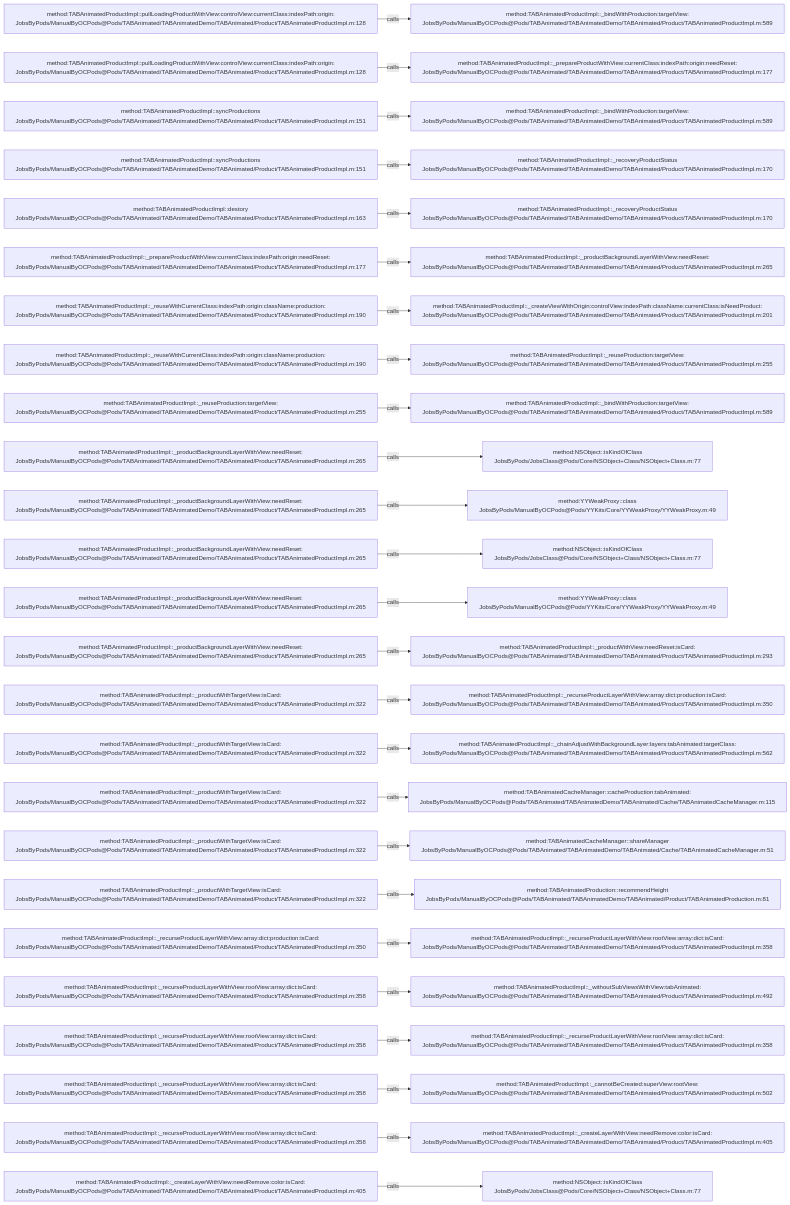
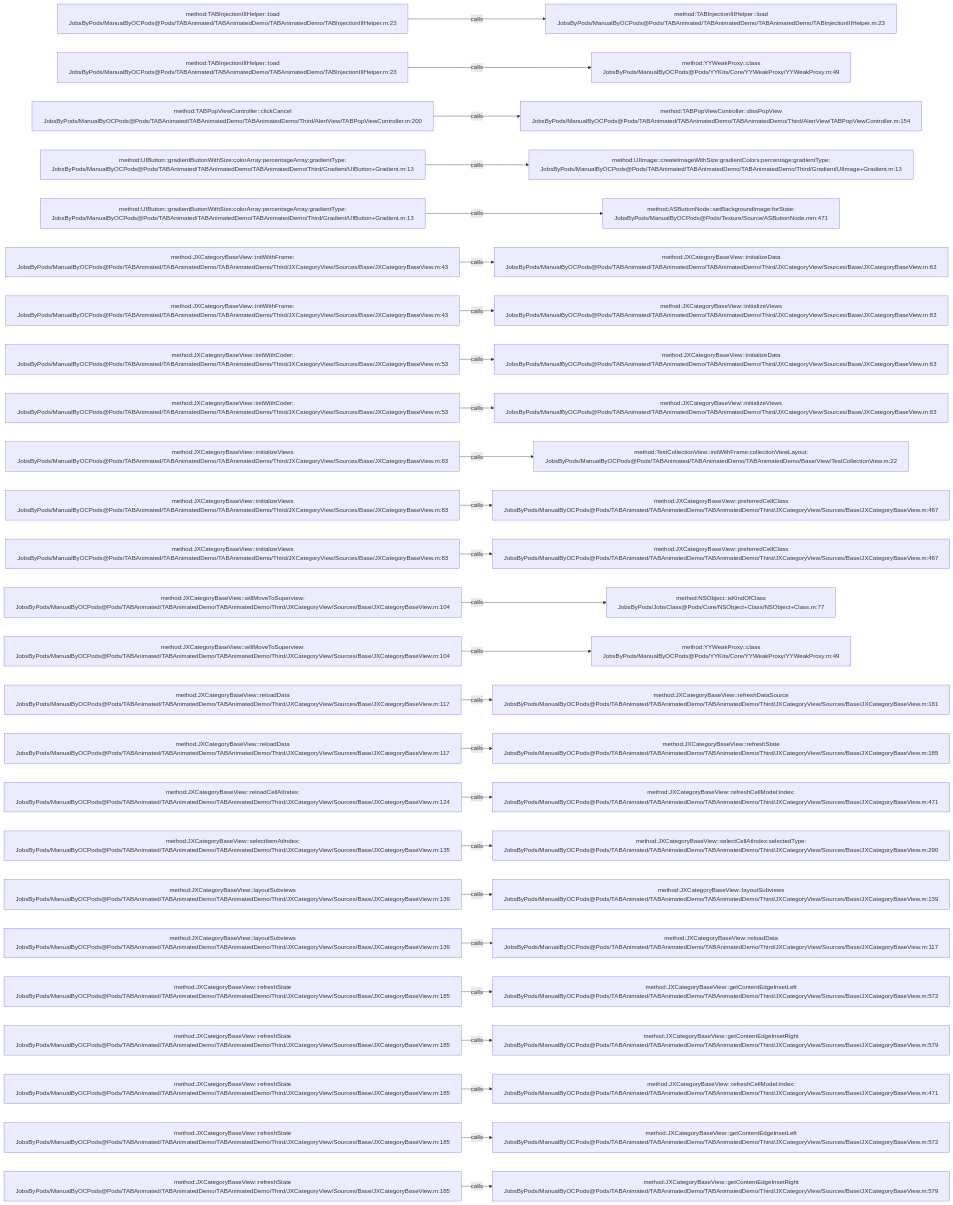
The diagram in .codegraph/codegraph.md/graphs/calls-033.md (JobsKits/JobsOCBaseConfigDemo), drawn with Mermaid before and after one commit. The commit also changed 1448 other files, not shown here.

````diff
--- a/.codegraph/codegraph.md/graphs/calls-033.md
+++ b/.codegraph/codegraph.md/graphs/calls-033.md
@@ -13,78 +13,78 @@
 ```mermaid
 flowchart LR
-  S1["method:TABAnimatedProductImpl::pullLoadingProductWithView:controlView:currentClass:indexPath:origin:<br/>JobsByPods/ManualByOCPods@Pods/TABAnimated/TABAnimatedDemo/TABAnimated/Product/TABAnimatedProductImpl.m:128"]
-  T1["method:TABAnimatedProductImpl::_bindWithProduction:targetView:<br/>JobsByPods/ManualByOCPods@Pods/TABAnimated/TABAnimatedDemo/TABAnimated/Product/TABAnimatedProductImpl.m:589"]
+  S1["method:TABInjectionIIIHelper::load<br/>JobsByPods/ManualByOCPods@Pods/TABAnimated/TABAnimatedDemo/TABAnimatedDemo/TABInjectionIIIHelper.m:23"]
+  T1["method:TABInjectionIIIHelper::load<br/>JobsByPods/ManualByOCPods@Pods/TABAnimated/TABAnimatedDemo/TABAnimatedDemo/TABInjectionIIIHelper.m:23"]
   S1 -->|calls| T1
-  S2["method:TABAnimatedProductImpl::pullLoadingProductWithView:controlView:currentClass:indexPath:origin:<br/>JobsByPods/ManualByOCPods@Pods/TABAnimated/TABAnimatedDemo/TABAnimated/Product/TABAnimatedProductImpl.m:128"]
-  T2["method:TABAnimatedProductImpl::_prepareProductWithView:currentClass:indexPath:origin:needReset:<br/>JobsByPods/ManualByOCPods@Pods/TABAnimated/TABAnimatedDemo/TABAnimated/Product/TABAnimatedProductImpl.m:177"]
+  S2["method:TABInjectionIIIHelper::load<br/>JobsByPods/ManualByOCPods@Pods/TABAnimated/TABAnimatedDemo/TABAnimatedDemo/TABInjectionIIIHelper.m:23"]
+  T2["method:YYWeakProxy::class<br/>JobsByPods/ManualByOCPods@Pods/YYKits/Core/YYWeakProxy/YYWeakProxy.m:49"]
   S2 -->|calls| T2
-  S3["method:TABAnimatedProductImpl::syncProductions<br/>JobsByPods/ManualByOCPods@Pods/TABAnimated/TABAnimatedDemo/TABAnimated/Product/TABAnimatedProductImpl.m:151"]
-  T3["method:TABAnimatedProductImpl::_bindWithProduction:targetView:<br/>JobsByPods/ManualByOCPods@Pods/TABAnimated/TABAnimatedDemo/TABAnimated/Product/TABAnimatedProductImpl.m:589"]
+  S3["method:TABPopViewController::clickCancel<br/>JobsByPods/ManualByOCPods@Pods/TABAnimated/TABAnimatedDemo/TABAnimatedDemo/Third/AlertView/TABPopViewController.m:200"]
+  T3["method:TABPopViewController::dissPopView<br/>JobsByPods/ManualByOCPods@Pods/TABAnimated/TABAnimatedDemo/TABAnimatedDemo/Third/AlertView/TABPopViewController.m:154"]
   S3 -->|calls| T3
-  S4["method:TABAnimatedProductImpl::syncProductions<br/>JobsByPods/ManualByOCPods@Pods/TABAnimated/TABAnimatedDemo/TABAnimated/Product/TABAnimatedProductImpl.m:151"]
-  T4["method:TABAnimatedProductImpl::_recoveryProductStatus<br/>JobsByPods/ManualByOCPods@Pods/TABAnimated/TABAnimatedDemo/TABAnimated/Product/TABAnimatedProductImpl.m:170"]
+  S4["method:UIButton::gradientButtonWithSize:colorArray:percentageArray:gradientType:<br/>JobsByPods/ManualByOCPods@Pods/TABAnimated/TABAnimatedDemo/TABAnimatedDemo/Third/Gradient/UIButton+Gradient.m:13"]
+  T4["method:UIImage::createImageWithSize:gradientColors:percentage:gradientType:<br/>JobsByPods/ManualByOCPods@Pods/TABAnimated/TABAnimatedDemo/TABAnimatedDemo/Third/Gradient/UIImage+Gradient.m:13"]
   S4 -->|calls| T4
-  S5["method:TABAnimatedProductImpl::destory<br/>JobsByPods/ManualByOCPods@Pods/TABAnimated/TABAnimatedDemo/TABAnimated/Product/TABAnimatedProductImpl.m:163"]
-  T5["method:TABAnimatedProductImpl::_recoveryProductStatus<br/>JobsByPods/ManualByOCPods@Pods/TABAnimated/TABAnimatedDemo/TABAnimated/Product/TABAnimatedProductImpl.m:170"]
+  S5["method:UIButton::gradientButtonWithSize:colorArray:percentageArray:gradientType:<br/>JobsByPods/ManualByOCPods@Pods/TABAnimated/TABAnimatedDemo/TABAnimatedDemo/Third/Gradient/UIButton+Gradient.m:13"]
+  T5["method:ASButtonNode::setBackgroundImage:forState:<br/>JobsByPods/ManualByOCPods@Pods/Texture/Source/ASButtonNode.mm:471"]
   S5 -->|calls| T5
-  S6["method:TABAnimatedProductImpl::_prepareProductWithView:currentClass:indexPath:origin:needReset:<br/>JobsByPods/ManualByOCPods@Pods/TABAnimated/TABAnimatedDemo/TABAnimated/Product/TABAnimatedProductImpl.m:177"]
-  T6["method:TABAnimatedProductImpl::_productBackgroundLayerWithView:needReset:<br/>JobsByPods/ManualByOCPods@Pods/TABAnimated/TABAnimatedDemo/TABAnimated/Product/TABAnimatedProductImpl.m:265"]
+  S6["method:JXCategoryBaseView::initWithFrame:<br/>JobsByPods/ManualByOCPods@Pods/TABAnimated/TABAnimatedDemo/TABAnimatedDemo/Third/JXCategoryView/Sources/Base/JXCategoryBaseView.m:43"]
+  T6["method:JXCategoryBaseView::initializeData<br/>JobsByPods/ManualByOCPods@Pods/TABAnimated/TABAnimatedDemo/TABAnimatedDemo/Third/JXCategoryView/Sources/Base/JXCategoryBaseView.m:63"]
   S6 -->|calls| T6
-  S7["method:TABAnimatedProductImpl::_reuseWithCurrentClass:indexPath:origin:className:production:<br/>JobsByPods/ManualByOCPods@Pods/TABAnimated/TABAnimatedDemo/TABAnimated/Product/TABAnimatedProductImpl.m:190"]
-  T7["method:TABAnimatedProductImpl::_createViewWithOrigin:controlView:indexPath:className:currentClass:isNeedProduct:<br/>JobsByPods/ManualByOCPods@Pods/TABAnimated/TABAnimatedDemo/TABAnimated/Product/TABAnimatedProductImpl.m:201"]
+  S7["method:JXCategoryBaseView::initWithFrame:<br/>JobsByPods/ManualByOCPods@Pods/TABAnimated/TABAnimatedDemo/TABAnimatedDemo/Third/JXCategoryView/Sources/Base/JXCategoryBaseView.m:43"]
+  T7["method:JXCategoryBaseView::initializeViews<br/>JobsByPods/ManualByOCPods@Pods/TABAnimated/TABAnimatedDemo/TABAnimatedDemo/Third/JXCategoryView/Sources/Base/JXCategoryBaseView.m:83"]
   S7 -->|calls| T7
-  S8["method:TABAnimatedProductImpl::_reuseWithCurrentClass:indexPath:origin:className:production:<br/>JobsByPods/ManualByOCPods@Pods/TABAnimated/TABAnimatedDemo/TABAnimated/Product/TABAnimatedProductImpl.m:190"]
-  T8["method:TABAnimatedProductImpl::_reuseProduction:targetView:<br/>JobsByPods/ManualByOCPods@Pods/TABAnimated/TABAnimatedDemo/TABAnimated/Product/TABAnimatedProductImpl.m:255"]
+  S8["method:JXCategoryBaseView::initWithCoder:<br/>JobsByPods/ManualByOCPods@Pods/TABAnimated/TABAnimatedDemo/TABAnimatedDemo/Third/JXCategoryView/Sources/Base/JXCategoryBaseView.m:53"]
+  T8["method:JXCategoryBaseView::initializeData<br/>JobsByPods/ManualByOCPods@Pods/TABAnimated/TABAnimatedDemo/TABAnimatedDemo/Third/JXCategoryView/Sources/Base/JXCategoryBaseView.m:63"]
   S8 -->|calls| T8
-  S9["method:TABAnimatedProductImpl::_reuseProduction:targetView:<br/>JobsByPods/ManualByOCPods@Pods/TABAnimated/TABAnimatedDemo/TABAnimated/Product/TABAnimatedProductImpl.m:255"]
-  T9["method:TABAnimatedProductImpl::_bindWithProduction:targetView:<br/>JobsByPods/ManualByOCPods@Pods/TABAnimated/TABAnimatedDemo/TABAnimated/Product/TABAnimatedProductImpl.m:589"]
+  S9["method:JXCategoryBaseView::initWithCoder:<br/>JobsByPods/ManualByOCPods@Pods/TABAnimated/TABAnimatedDemo/TABAnimatedDemo/Third/JXCategoryView/Sources/Base/JXCategoryBaseView.m:53"]
+  T9["method:JXCategoryBaseView::initializeViews<br/>JobsByPods/ManualByOCPods@Pods/TABAnimated/TABAnimatedDemo/TABAnimatedDemo/Third/JXCategoryView/Sources/Base/JXCategoryBaseView.m:83"]
   S9 -->|calls| T9
-  S10["method:TABAnimatedProductImpl::_productBackgroundLayerWithView:needReset:<br/>JobsByPods/ManualByOCPods@Pods/TABAnimated/TABAnimatedDemo/TABAnimated/Product/TABAnimatedProductImpl.m:265"]
-  T10["method:NSObject::isKindOfClass<br/>JobsByPods/JobsClass@Pods/Core/NSObject+Class/NSObject+Class.m:77"]
+  S10["method:JXCategoryBaseView::initializeViews<br/>JobsByPods/ManualByOCPods@Pods/TABAnimated/TABAnimatedDemo/TABAnimatedDemo/Third/JXCategoryView/Sources/Base/JXCategoryBaseView.m:83"]
+  T10["method:TestCollectionView::initWithFrame:collectionViewLayout:<br/>JobsByPods/ManualByOCPods@Pods/TABAnimated/TABAnimatedDemo/TABAnimatedDemo/Base/View/TestCollectionView.m:22"]
   S10 -->|calls| T10
-  S11["method:TABAnimatedProductImpl::_productBackgroundLayerWithView:needReset:<br/>JobsByPods/ManualByOCPods@Pods/TABAnimated/TABAnimatedDemo/TABAnimated/Product/TABAnimatedProductImpl.m:265"]
-  T11["method:YYWeakProxy::class<br/>JobsByPods/ManualByOCPods@Pods/YYKits/Core/YYWeakProxy/YYWeakProxy.m:49"]
+  S11["method:JXCategoryBaseView::initializeViews<br/>JobsByPods/ManualByOCPods@Pods/TABAnimated/TABAnimatedDemo/TABAnimatedDemo/Third/JXCategoryView/Sources/Base/JXCategoryBaseView.m:83"]
+  T11["method:JXCategoryBaseView::preferredCellClass<br/>JobsByPods/ManualByOCPods@Pods/TABAnimated/TABAnimatedDemo/TABAnimatedDemo/Third/JXCategoryView/Sources/Base/JXCategoryBaseView.m:467"]
   S11 -->|calls| T11
-  S12["method:TABAnimatedProductImpl::_productBackgroundLayerWithView:needReset:<br/>JobsByPods/ManualByOCPods@Pods/TABAnimated/TABAnimatedDemo/TABAnimated/Product/TABAnimatedProductImpl.m:265"]
-  T12["method:NSObject::isKindOfClass<br/>JobsByPods/JobsClass@Pods/Core/NSObject+Class/NSObject+Class.m:77"]
+  S12["method:JXCategoryBaseView::initializeViews<br/>JobsByPods/ManualByOCPods@Pods/TABAnimated/TABAnimatedDemo/TABAnimatedDemo/Third/JXCategoryView/Sources/Base/JXCategoryBaseView.m:83"]
+  T12["method:JXCategoryBaseView::preferredCellClass<br/>JobsByPods/ManualByOCPods@Pods/TABAnimated/TABAnimatedDemo/TABAnimatedDemo/Third/JXCategoryView/Sources/Base/JXCategoryBaseView.m:467"]
   S12 -->|calls| T12
-  S13["method:TABAnimatedProductImpl::_productBackgroundLayerWithView:needReset:<br/>JobsByPods/ManualByOCPods@Pods/TABAnimated/TABAnimatedDemo/TABAnimated/Product/TABAnimatedProductImpl.m:265"]
-  T13["method:YYWeakProxy::class<br/>JobsByPods/ManualByOCPods@Pods/YYKits/Core/YYWeakProxy/YYWeakProxy.m:49"]
+  S13["method:JXCategoryBaseView::willMoveToSuperview:<br/>JobsByPods/ManualByOCPods@Pods/TABAnimated/TABAnimatedDemo/TABAnimatedDemo/Third/JXCategoryView/Sources/Base/JXCategoryBaseView.m:104"]
+  T13["method:NSObject::isKindOfClass<br/>JobsByPods/JobsClass@Pods/Core/NSObject+Class/NSObject+Class.m:77"]
   S13 -->|calls| T13
-  S14["method:TABAnimatedProductImpl::_productBackgroundLayerWithView:needReset:<br/>JobsByPods/ManualByOCPods@Pods/TABAnimated/TABAnimatedDemo/TABAnimated/Product/TABAnimatedProductImpl.m:265"]
-  T14["method:TABAnimatedProductImpl::_productWithView:needReset:isCard:<br/>JobsByPods/ManualByOCPods@Pods/TABAnimated/TABAnimatedDemo/TABAnimated/Product/TABAnimatedProductImpl.m:293"]
+  S14["method:JXCategoryBaseView::willMoveToSuperview:<br/>JobsByPods/ManualByOCPods@Pods/TABAnimated/TABAnimatedDemo/TABAnimatedDemo/Third/JXCategoryView/Sources/Base/JXCategoryBaseView.m:104"]
+  T14["method:YYWeakProxy::class<br/>JobsByPods/ManualByOCPods@Pods/YYKits/Core/YYWeakProxy/YYWeakProxy.m:49"]
   S14 -->|calls| T14
-  S15["method:TABAnimatedProductImpl::_productWithTargetView:isCard:<br/>JobsByPods/ManualByOCPods@Pods/TABAnimated/TABAnimatedDemo/TABAnimated/Product/TABAnimatedProductImpl.m:322"]
-  T15["method:TABAnimatedProductImpl::_recurseProductLayerWithView:array:dict:production:isCard:<br/>JobsByPods/ManualByOCPods@Pods/TABAnimated/TABAnimatedDemo/TABAnimated/Product/TABAnimatedProductImpl.m:350"]
+  S15["method:JXCategoryBaseView::reloadData<br/>JobsByPods/ManualByOCPods@Pods/TABAnimated/TABAnimatedDemo/TABAnimatedDemo/Third/JXCategoryView/Sources/Base/JXCategoryBaseView.m:117"]
+  T15["method:JXCategoryBaseView::refreshDataSource<br/>JobsByPods/ManualByOCPods@Pods/TABAnimated/TABAnimatedDemo/TABAnimatedDemo/Third/JXCategoryView/Sources/Base/JXCategoryBaseView.m:181"]
   S15 -->|calls| T15
-  S16["method:TABAnimatedProductImpl::_productWithTargetView:isCard:<br/>JobsByPods/ManualByOCPods@Pods/TABAnimated/TABAnimatedDemo/TABAnimated/Product/TABAnimatedProductImpl.m:322"]
-  T16["method:TABAnimatedProductImpl::_chainAdjustWithBackgroundLayer:layers:tabAnimated:targetClass:<br/>JobsByPods/ManualByOCPods@Pods/TABAnimated/TABAnimatedDemo/TABAnimated/Product/TABAnimatedProductImpl.m:562"]
+  S16["method:JXCategoryBaseView::reloadData<br/>JobsByPods/ManualByOCPods@Pods/TABAnimated/TABAnimatedDemo/TABAnimatedDemo/Third/JXCategoryView/Sources/Base/JXCategoryBaseView.m:117"]
+  T16["method:JXCategoryBaseView::refreshState<br/>JobsByPods/ManualByOCPods@Pods/TABAnimated/TABAnimatedDemo/TABAnimatedDemo/Third/JXCategoryView/Sources/Base/JXCategoryBaseView.m:185"]
   S16 -->|calls| T16
-  S17["method:TABAnimatedProductImpl::_productWithTargetView:isCard:<br/>JobsByPods/ManualByOCPods@Pods/TABAnimated/TABAnimatedDemo/TABAnimated/Product/TABAnimatedProductImpl.m:322"]
-  T17["method:TABAnimatedCacheManager::cacheProduction:tabAnimated:<br/>JobsByPods/ManualByOCPods@Pods/TABAnimated/TABAnimatedDemo/TABAnimated/Cache/TABAnimatedCacheManager.m:115"]
+  S17["method:JXCategoryBaseView::reloadCellAtIndex:<br/>JobsByPods/ManualByOCPods@Pods/TABAnimated/TABAnimatedDemo/TABAnimatedDemo/Third/JXCategoryView/Sources/Base/JXCategoryBaseView.m:124"]
+  T17["method:JXCategoryBaseView::refreshCellModel:index:<br/>JobsByPods/ManualByOCPods@Pods/TABAnimated/TABAnimatedDemo/TABAnimatedDemo/Third/JXCategoryView/Sources/Base/JXCategoryBaseView.m:471"]
   S17 -->|calls| T17
-  S18["method:TABAnimatedProductImpl::_productWithTargetView:isCard:<br/>JobsByPods/ManualByOCPods@Pods/TABAnimated/TABAnimatedDemo/TABAnimated/Product/TABAnimatedProductImpl.m:322"]
-  T18["method:TABAnimatedCacheManager::shareManager<br/>JobsByPods/ManualByOCPods@Pods/TABAnimated/TABAnimatedDemo/TABAnimated/Cache/TABAnimatedCacheManager.m:51"]
+  S18["method:JXCategoryBaseView::selectItemAtIndex:<br/>JobsByPods/ManualByOCPods@Pods/TABAnimated/TABAnimatedDemo/TABAnimatedDemo/Third/JXCategoryView/Sources/Base/JXCategoryBaseView.m:135"]
+  T18["method:JXCategoryBaseView::selectCellAtIndex:selectedType:<br/>JobsByPods/ManualByOCPods@Pods/TABAnimated/TABAnimatedDemo/TABAnimatedDemo/Third/JXCategoryView/Sources/Base/JXCategoryBaseView.m:290"]
   S18 -->|calls| T18
-  S19["method:TABAnimatedProductImpl::_productWithTargetView:isCard:<br/>JobsByPods/ManualByOCPods@Pods/TABAnimated/TABAnimatedDemo/TABAnimated/Product/TABAnimatedProductImpl.m:322"]
-  T19["method:TABAnimatedProduction::recommendHeight<br/>JobsByPods/ManualByOCPods@Pods/TABAnimated/TABAnimatedDemo/TABAnimated/Product/TABAnimatedProduction.m:81"]
+  S19["method:JXCategoryBaseView::layoutSubviews<br/>JobsByPods/ManualByOCPods@Pods/TABAnimated/TABAnimatedDemo/TABAnimatedDemo/Third/JXCategoryView/Sources/Base/JXCategoryBaseView.m:139"]
+  T19["method:JXCategoryBaseView::layoutSubviews<br/>JobsByPods/ManualByOCPods@Pods/TABAnimated/TABAnimatedDemo/TABAnimatedDemo/Third/JXCategoryView/Sources/Base/JXCategoryBaseView.m:139"]
   S19 -->|calls| T19
-  S20["method:TABAnimatedProductImpl::_recurseProductLayerWithView:array:dict:production:isCard:<br/>JobsByPods/ManualByOCPods@Pods/TABAnimated/TABAnimatedDemo/TABAnimated/Product/TABAnimatedProductImpl.m:350"]
-  T20["method:TABAnimatedProductImpl::_recurseProductLayerWithView:rootView:array:dict:isCard:<br/>JobsByPods/ManualByOCPods@Pods/TABAnimated/TABAnimatedDemo/TABAnimated/Product/TABAnimatedProductImpl.m:358"]
+  S20["method:JXCategoryBaseView::layoutSubviews<br/>JobsByPods/ManualByOCPods@Pods/TABAnimated/TABAnimatedDemo/TABAnimatedDemo/Third/JXCategoryView/Sources/Base/JXCategoryBaseView.m:139"]
+  T20["method:JXCategoryBaseView::reloadData<br/>JobsByPods/ManualByOCPods@Pods/TABAnimated/TABAnimatedDemo/TABAnimatedDemo/Third/JXCategoryView/Sources/Base/JXCategoryBaseView.m:117"]
   S20 -->|calls| T20
-  S21["method:TABAnimatedProductImpl::_recurseProductLayerWithView:rootView:array:dict:isCard:<br/>JobsByPods/ManualByOCPods@Pods/TABAnimated/TABAnimatedDemo/TABAnimated/Product/TABAnimatedProductImpl.m:358"]
-  T21["method:TABAnimatedProductImpl::_withoutSubViewsWithView:tabAnimated:<br/>JobsByPods/ManualByOCPods@Pods/TABAnimated/TABAnimatedDemo/TABAnimated/Product/TABAnimatedProductImpl.m:492"]
+  S21["method:JXCategoryBaseView::refreshState<br/>JobsByPods/ManualByOCPods@Pods/TABAnimated/TABAnimatedDemo/TABAnimatedDemo/Third/JXCategoryView/Sources/Base/JXCategoryBaseView.m:185"]
+  T21["method:JXCategoryBaseView::getContentEdgeInsetLeft<br/>JobsByPods/ManualByOCPods@Pods/TABAnimated/TABAnimatedDemo/TABAnimatedDemo/Third/JXCategoryView/Sources/Base/JXCategoryBaseView.m:572"]
   S21 -->|calls| T21
-  S22["method:TABAnimatedProductImpl::_recurseProductLayerWithView:rootView:array:dict:isCard:<br/>JobsByPods/ManualByOCPods@Pods/TABAnimated/TABAnimatedDemo/TABAnimated/Product/TABAnimatedProductImpl.m:358"]
-  T22["method:TABAnimatedProductImpl::_recurseProductLayerWithView:rootView:array:dict:isCard:<br/>JobsByPods/ManualByOCPods@Pods/TABAnimated/TABAnimatedDemo/TABAnimated/Product/TABAnimatedProductImpl.m:358"]
+  S22["method:JXCategoryBaseView::refreshState<br/>JobsByPods/ManualByOCPods@Pods/TABAnimated/TABAnimatedDemo/TABAnimatedDemo/Third/JXCategoryView/Sources/Base/JXCategoryBaseView.m:185"]
+  T22["method:JXCategoryBaseView::getContentEdgeInsetRight<br/>JobsByPods/ManualByOCPods@Pods/TABAnimated/TABAnimatedDemo/TABAnimatedDemo/Third/JXCategoryView/Sources/Base/JXCategoryBaseView.m:579"]
   S22 -->|calls| T22
-  S23["method:TABAnimatedProductImpl::_recurseProductLayerWithView:rootView:array:dict:isCard:<br/>JobsByPods/ManualByOCPods@Pods/TABAnimated/TABAnimatedDemo/TABAnimated/Product/TABAnimatedProductImpl.m:358"]
-  T23["method:TABAnimatedProductImpl::_cannotBeCreated:superView:rootView:<br/>JobsByPods/ManualByOCPods@Pods/TABAnimated/TABAnimatedDemo/TABAnimated/Product/TABAnimatedProductImpl.m:502"]
+  S23["method:JXCategoryBaseView::refreshState<br/>JobsByPods/ManualByOCPods@Pods/TABAnimated/TABAnimatedDemo/TABAnimatedDemo/Third/JXCategoryView/Sources/Base/JXCategoryBaseView.m:185"]
+  T23["method:JXCategoryBaseView::refreshCellModel:index:<br/>JobsByPods/ManualByOCPods@Pods/TABAnimated/TABAnimatedDemo/TABAnimatedDemo/Third/JXCategoryView/Sources/Base/JXCategoryBaseView.m:471"]
   S23 -->|calls| T23
-  S24["method:TABAnimatedProductImpl::_recurseProductLayerWithView:rootView:array:dict:isCard:<br/>JobsByPods/ManualByOCPods@Pods/TABAnimated/TABAnimatedDemo/TABAnimated/Product/TABAnimatedProductImpl.m:358"]
-  T24["method:TABAnimatedProductImpl::_createLayerWithView:needRemove:color:isCard:<br/>JobsByPods/ManualByOCPods@Pods/TABAnimated/TABAnimatedDemo/TABAnimated/Product/TABAnimatedProductImpl.m:405"]
+  S24["method:JXCategoryBaseView::refreshState<br/>JobsByPods/ManualByOCPods@Pods/TABAnimated/TABAnimatedDemo/TABAnimatedDemo/Third/JXCategoryView/Sources/Base/JXCategoryBaseView.m:185"]
+  T24["method:JXCategoryBaseView::getContentEdgeInsetLeft<br/>JobsByPods/ManualByOCPods@Pods/TABAnimated/TABAnimatedDemo/TABAnimatedDemo/Third/JXCategoryView/Sources/Base/JXCategoryBaseView.m:572"]
   S24 -->|calls| T24
-  S25["method:TABAnimatedProductImpl::_createLayerWithView:needRemove:color:isCard:<br/>JobsByPods/ManualByOCPods@Pods/TABAnimated/TABAnimatedDemo/TABAnimated/Product/TABAnimatedProductImpl.m:405"]
-  T25["method:NSObject::isKindOfClass<br/>JobsByPods/JobsClass@Pods/Core/NSObject+Class/NSObject+Class.m:77"]
+  S25["method:JXCategoryBaseView::refreshState<br/>JobsByPods/ManualByOCPods@Pods/TABAnimated/TABAnimatedDemo/TABAnimatedDemo/Third/JXCategoryView/Sources/Base/JXCategoryBaseView.m:185"]
+  T25["method:JXCategoryBaseView::getContentEdgeInsetRight<br/>JobsByPods/ManualByOCPods@Pods/TABAnimated/TABAnimatedDemo/TABAnimatedDemo/Third/JXCategoryView/Sources/Base/JXCategoryBaseView.m:579"]
   S25 -->|calls| T25
 ```
````
